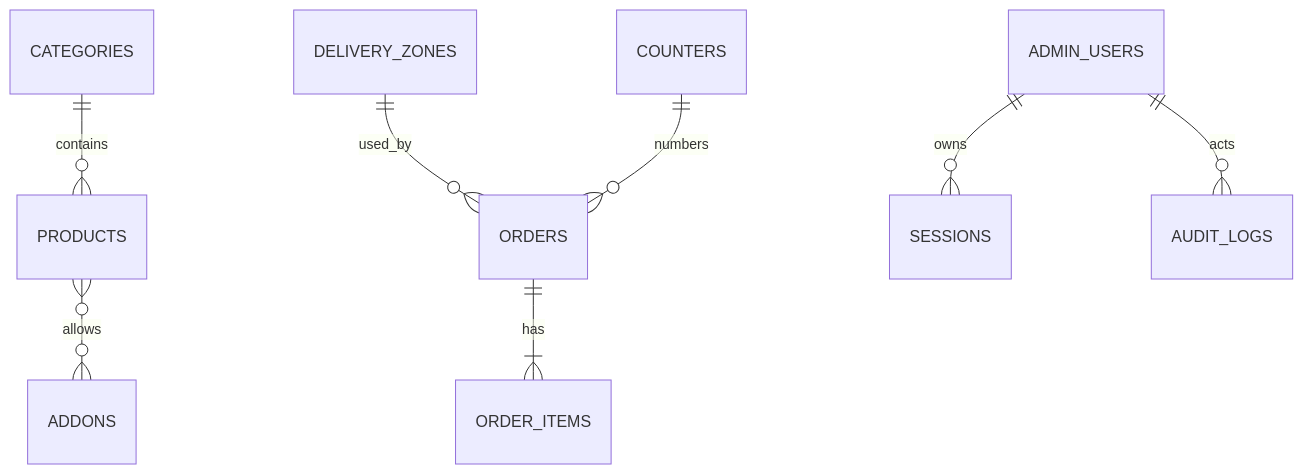
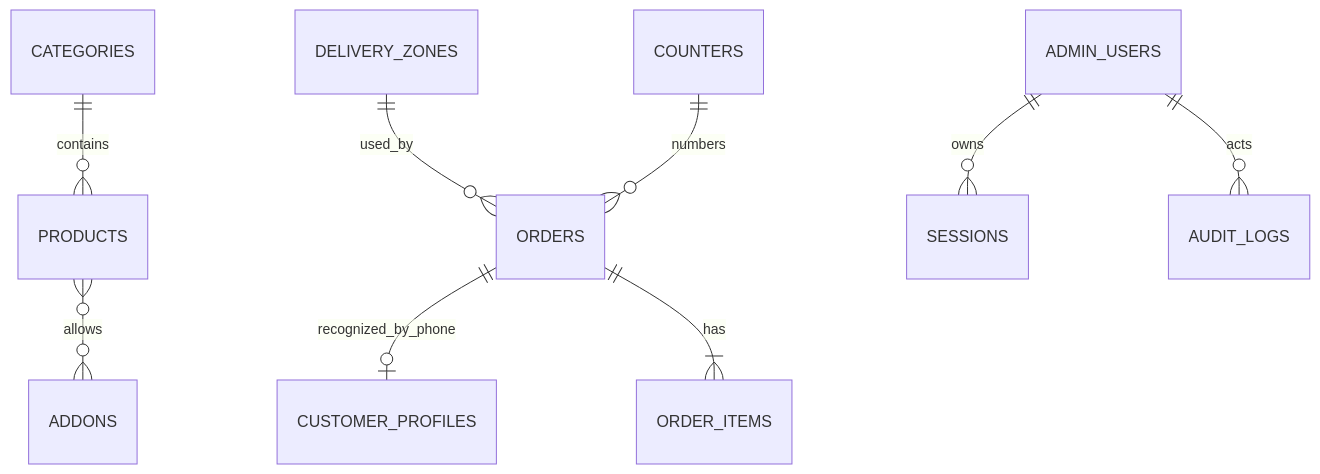
The diagram in docs/05-modelo-de-dados.md (gildemberg-santos/brocados-lanches), drawn with Mermaid before and after one commit. The commit also changed other lines of this file and 28 other files, not shown here.

````diff
--- a/docs/05-modelo-de-dados.md
+++ b/docs/05-modelo-de-dados.md
@@ -30,10 +30,11 @@
 ```mermaid
 erDiagram
   CATEGORIES ||--o{ PRODUCTS : contains
   PRODUCTS }o--o{ ADDONS : allows
   DELIVERY_ZONES ||--o{ ORDERS : used_by
+  ORDERS ||--o| CUSTOMER_PROFILES : recognized_by_phone
   ORDERS ||--|{ ORDER_ITEMS : has
   ADMIN_USERS ||--o{ SESSIONS : owns
   ADMIN_USERS ||--o{ AUDIT_LOGS : acts
   COUNTERS ||--o{ ORDERS : numbers
 ```
````
